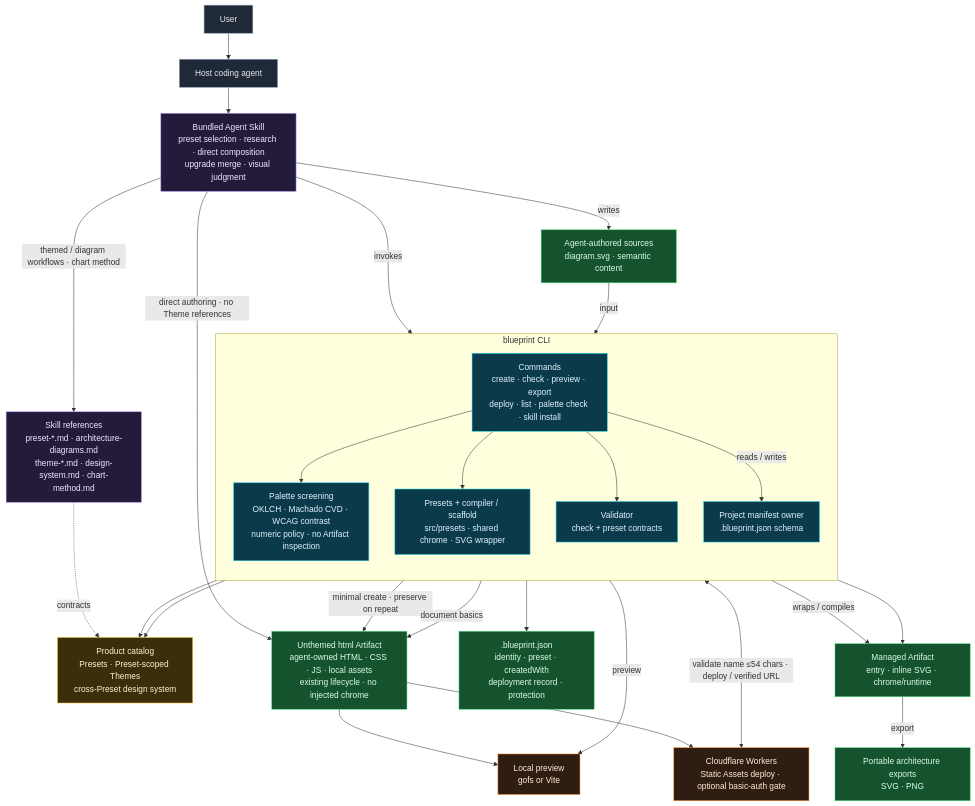
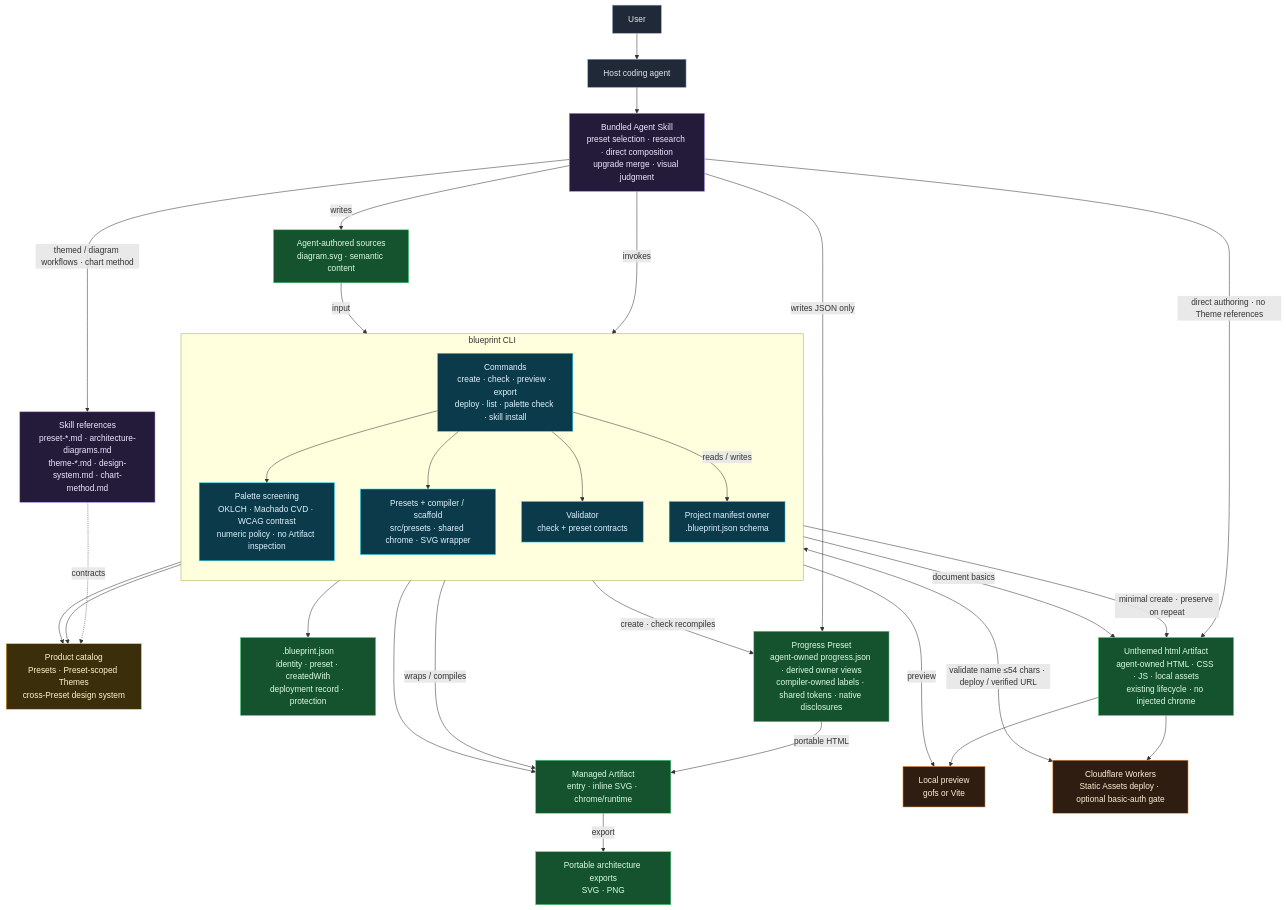
One commit to samzong/blueprint changed the diagram in docs/architecture/live/blueprint.mmd. Above: the diagram before and after it, drawn with Mermaid. The commit also changed 19 other files, not shown here.

Commit message:
feat(progress): add compact owner progress pages

```diff
--- a/docs/architecture/live/blueprint.mmd
+++ b/docs/architecture/live/blueprint.mmd
@@ -1,62 +1,66 @@
 %% blueprint — CLI + Agent Skill architecture
 %% Single source of truth for this repository's system boundary.
 %% UPDATE THIS FILE in the same change whenever the architecture changes.
 %% See README.md in this directory.
 flowchart TB
     classDef actor fill:#1f2937,stroke:#94a3b8,stroke-width:1px,color:#e5e7eb
     classDef skill fill:#241b3a,stroke:#a78bfa,stroke-width:1px,color:#ede9fe
     classDef cli fill:#0b3b4a,stroke:#22d3ee,stroke-width:1px,color:#e0f2fe
     classDef catalog fill:#3b2f0b,stroke:#fbbf24,stroke-width:1px,color:#fef3c7
     classDef artifact fill:#14532d,stroke:#4ade80,stroke-width:1px,color:#dcfce7
     classDef external fill:#2f1d12,stroke:#fb923c,stroke-width:1px,color:#ffedd5
 
     User["User"]:::actor
     Agent["Host coding agent"]:::actor
 
     Skill["Bundled Agent Skill<br/>preset selection · research · direct composition<br/>upgrade merge · visual judgment"]:::skill
     Refs["Skill references<br/>preset-*.md · architecture-diagrams.md<br/>theme-*.md · design-system.md · chart-method.md"]:::skill
 
     subgraph CLI["blueprint CLI"]
         direction TB
         Commands["Commands<br/>create · check · preview · export<br/>deploy · list · palette check · skill install"]:::cli
         Compiler["Presets + compiler / scaffold<br/>src/presets · shared chrome · SVG wrapper"]:::cli
         Validator["Validator<br/>check + preset contracts"]:::cli
         Palette["Palette screening<br/>OKLCH · Machado CVD · WCAG contrast<br/>numeric policy · no Artifact inspection"]:::cli
         Commands --> Palette
         Manifest["Project manifest owner<br/>.blueprint.json schema"]:::cli
         Commands --> Compiler
         Commands --> Validator
         Commands -->|"reads / writes"| Manifest
     end
 
     Catalog["Product catalog<br/>Presets · Preset-scoped Themes<br/>cross-Preset design system"]:::catalog
 
     Sources["Agent-authored sources<br/>diagram.svg · semantic content"]:::artifact
     Artifact["Managed Artifact<br/>entry · inline SVG · chrome/runtime"]:::artifact
     ProjectMeta[".blueprint.json<br/>identity · preset · createdWith<br/>deployment record · protection"]:::artifact
     Html["Unthemed html Artifact<br/>agent-owned HTML · CSS · JS · local assets<br/>existing lifecycle · no injected chrome"]:::artifact
+    Progress["Progress Preset<br/>agent-owned progress.json · derived owner views<br/>compiler-owned labels · shared tokens · native disclosures"]:::artifact
     Portable["Portable architecture exports<br/>SVG · PNG"]:::artifact
 
     Preview["Local preview<br/>gofs or Vite"]:::external
     Wrangler["Cloudflare Workers<br/>Static Assets deploy · optional basic-auth gate"]:::external
 
     User --> Agent
     Agent --> Skill
     Skill -->|"themed / diagram workflows · chart method"| Refs
     Skill -->|"invokes"| Commands
     Skill -->|"writes"| Sources
     Skill -->|"direct authoring · no Theme references"| Html
     Commands -->|"minimal create · preserve on repeat"| Html
     Validator -->|"document basics"| Html
     Html --> Preview
     Html --> Wrangler
     Refs -.->|"contracts"| Catalog
     Compiler --> Catalog
     Validator --> Catalog
     Sources -->|"input"| Compiler
     Compiler -->|"wraps / compiles"| Artifact
+    Skill -->|"writes JSON only"| Progress
+    Commands -->|"create · check recompiles"| Progress
+    Progress -->|"portable HTML"| Artifact
     Artifact -->|"export"| Portable
     Validator --> Artifact
     Manifest --> ProjectMeta
     Commands -->|"preview"| Preview
     Commands <-->|"validate name ≤54 chars · deploy / verified URL"| Wrangler
```
